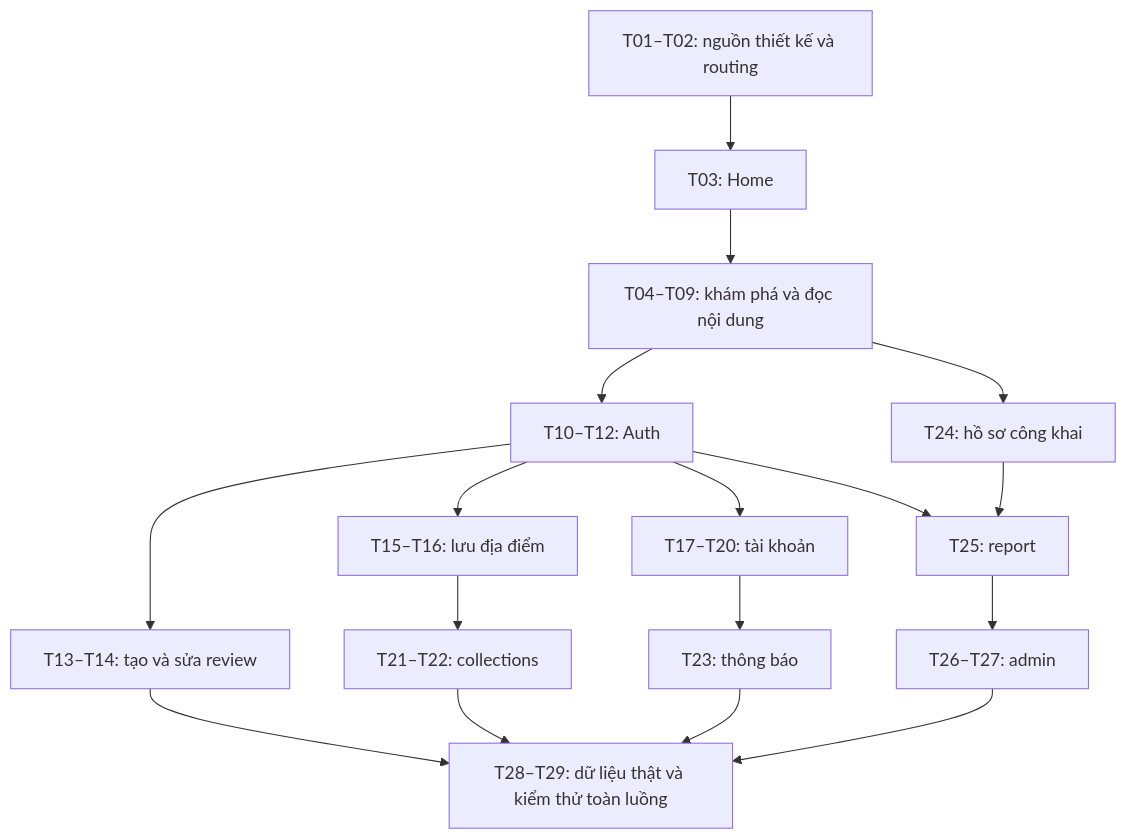
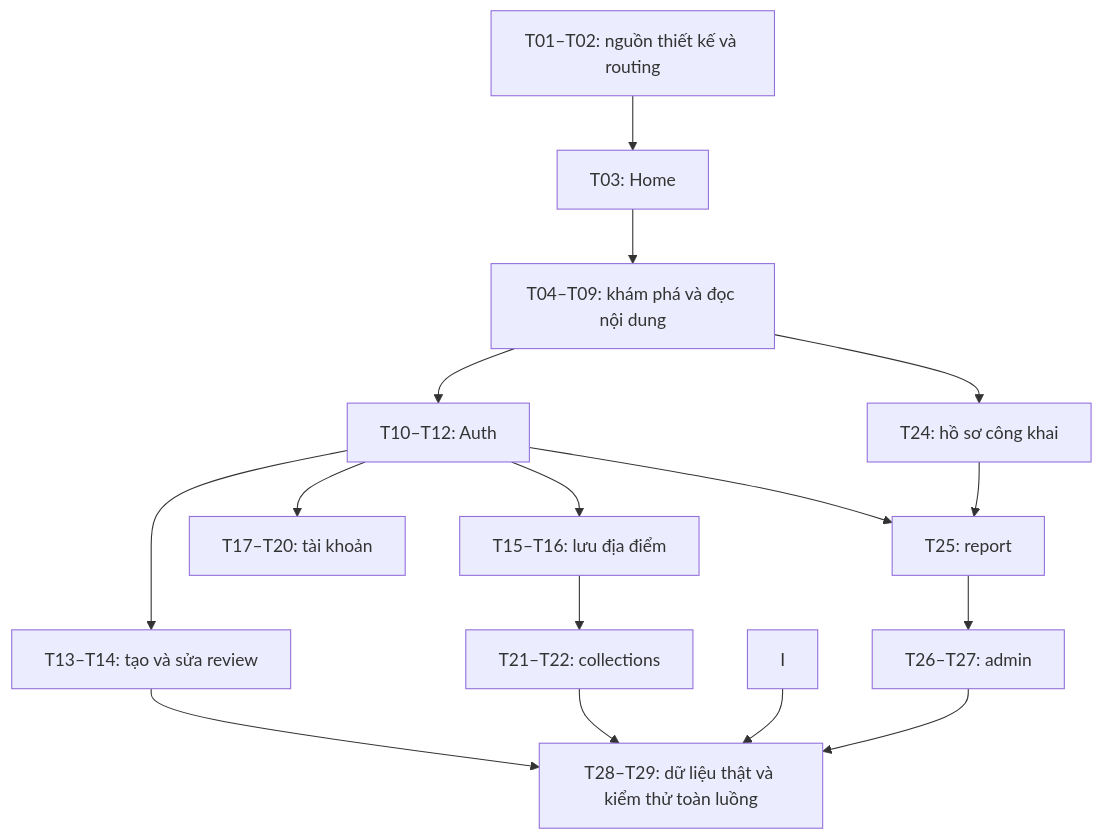
The diagram in docs/UI_IMPLEMENTATION_PLAN.md (TaiMinh2002/food_review_application), drawn with Mermaid before and after one commit. The commit also changed other lines of this file and 53 other files, not shown here.

````diff
--- a/docs/UI_IMPLEMENTATION_PLAN.md
+++ b/docs/UI_IMPLEMENTATION_PLAN.md
@@ -70,19 +70,18 @@
 ```mermaid
 flowchart TD
     A[T01–T02: nguồn thiết kế và routing] --> B[T03: Home]
     B --> C[T04–T09: khám phá và đọc nội dung]
     C --> D[T10–T12: Auth]
     D --> E[T13–T14: tạo và sửa review]
     D --> F[T15–T16: lưu địa điểm]
     D --> G[T17–T20: tài khoản]
     F --> H[T21–T22: collections]
-    G --> I[T23: thông báo]
     C --> J[T24: hồ sơ công khai]
     D --> K[T25: report]
     J --> K
     K --> L[T26–T27: admin]
     E --> M[T28–T29: dữ liệu thật và kiểm thử toàn luồng]
     H --> M
     I --> M
     L --> M
 ```
````
